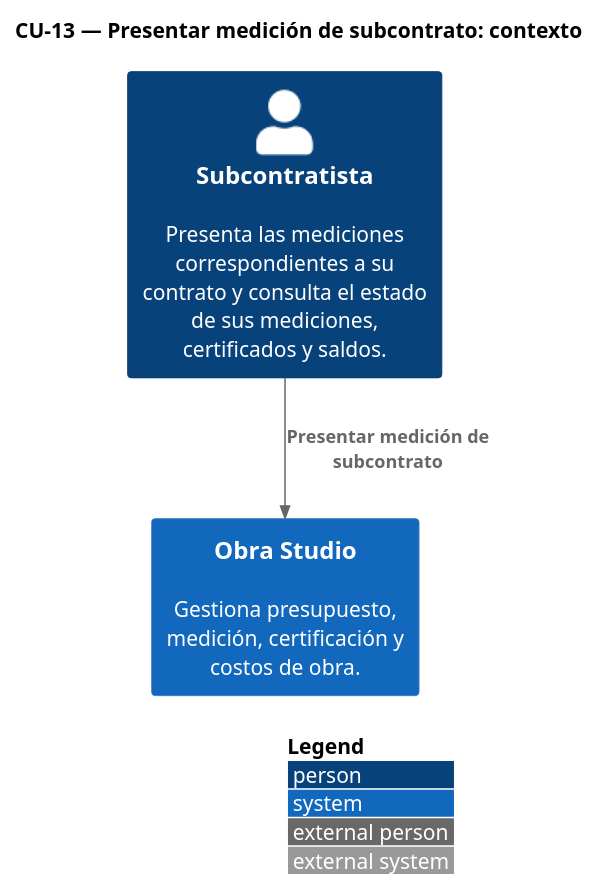
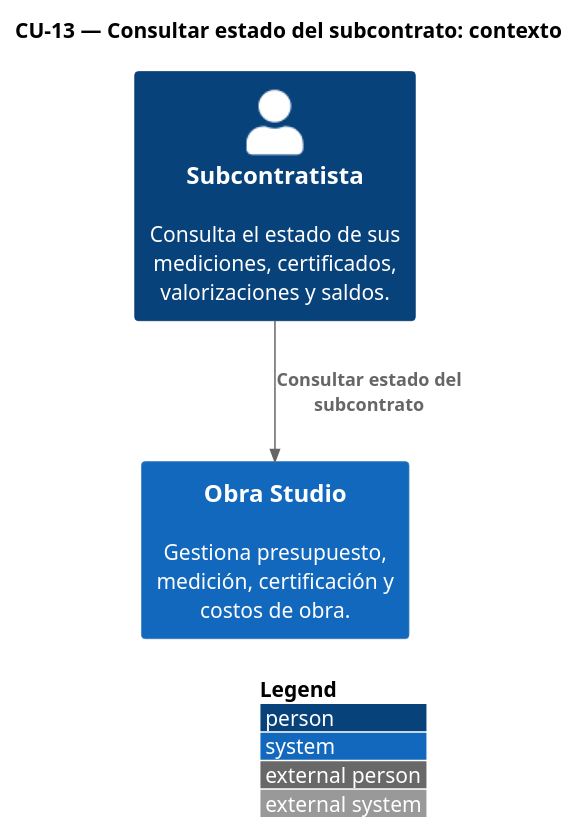
Before and after one commit to Ssrrb/TPF-teoria: the diagram in modelo/c4/C4-CU13-contexto.puml, drawn with PlantUML. The commit also changed 248 other files, not shown here.

```diff
--- a/modelo/c4/C4-CU13-contexto.puml
+++ b/modelo/c4/C4-CU13-contexto.puml
@@ -1,10 +1,10 @@
 @startuml
 !include <C4/C4_Context>
 LAYOUT_WITH_LEGEND()
-title CU-13 — Presentar medición de subcontrato: contexto
+title CU-13 — Consultar estado del subcontrato: contexto
 
-Person(SUB, "Subcontratista", "Presenta las mediciones correspondientes a su contrato y consulta el estado de sus mediciones, certificados y saldos.")
+Person(SUB, "Subcontratista", "Consulta el estado de sus mediciones, certificados, valorizaciones y saldos.")
 System(obra, "Obra Studio", "Gestiona presupuesto, medición, certificación y costos de obra.")
 
-Rel(SUB, obra, "Presentar medición de subcontrato")
+Rel(SUB, obra, "Consultar estado del subcontrato")
 @enduml
```
